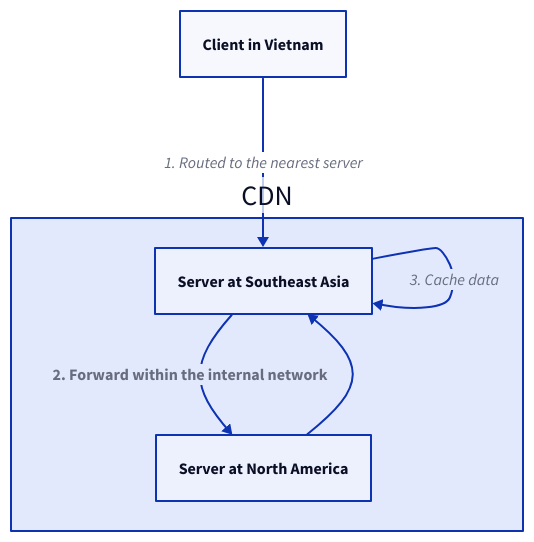
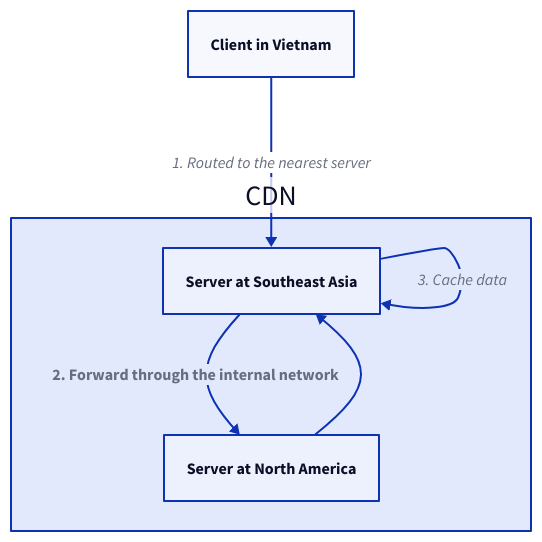
Before and after one commit to link1905/system-design-101: diagram 17 of 19 in content/docs/data-persistence/media-storage.md, drawn with D2. The commit also changed other lines of this file and 7 other files, not shown here.

````diff
--- a/content/docs/data-persistence/media-storage.md
+++ b/content/docs/data-persistence/media-storage.md
@@ -576,20 +465,20 @@
 ```d2
 cdn: CDN {
   s1: Server at Southeast Asia {
     class: server
   }
-  s2: Server at North America { 
+  s2: Server at North America {
     class: server
-  } 
+  }
 }
 c: Client in Vietnam {
   class: client
 }
 
 c -> cdn.s1: 1. Routed to the nearest server
-cdn.s1 -> cdn.s2: 2. Forward within the internal network {  
+cdn.s1 -> cdn.s2: 2. Forward through the internal network {
   style.bold: true
 }
 cdn.s2 -> cdn.s1
 cdn.s1 -> cdn.s1: 3. Cache data
 ```
````
